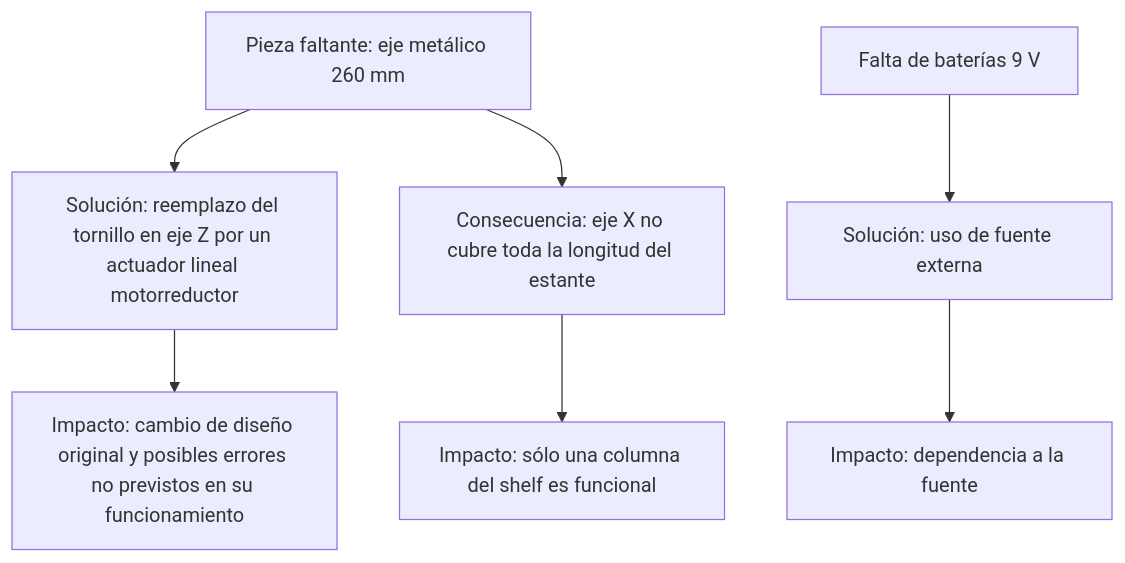
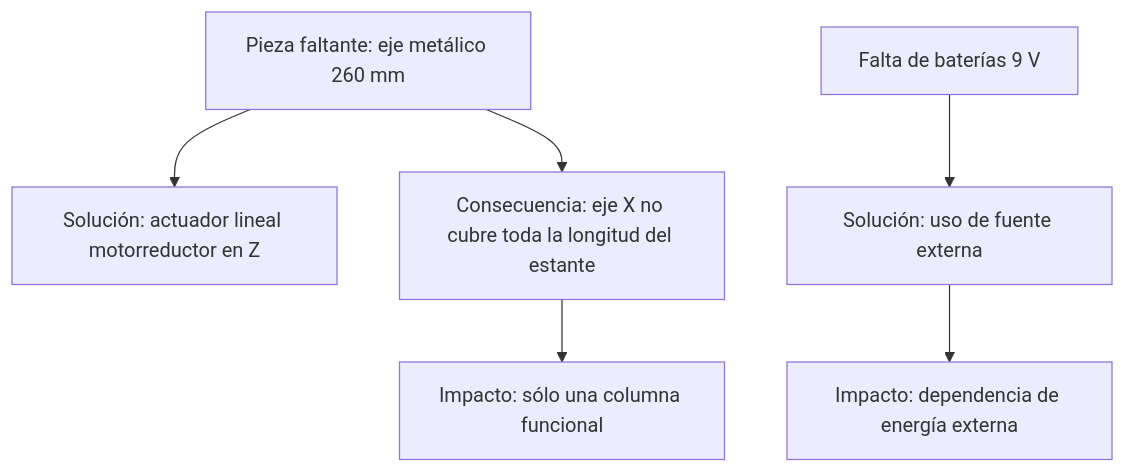
The fourth of 4 diagrams in README.md (SB-312/Proyecto-Intermedio-IIoT), drawn with Mermaid before and after one commit. The commit also changed other lines of this file, not shown here.

````diff
--- a/README.md
+++ b/README.md
@@ -141,10 +149,9 @@
 ```mermaid
 graph TD
-    A[Pieza faltante: eje metálico 260 mm] --> B[Solución: reemplazo del tornillo en eje Z por un actuador lineal motorreductor]
+    A[Pieza faltante: eje metálico 260 mm] --> B[Solución: actuador lineal motorreductor en Z]
     A --> C[Consecuencia: eje X no cubre toda la longitud del estante]
-    C --> D[Impacto: sólo una columna del shelf es funcional]
-    B --> E[Impacto: cambio de diseño original y posibles errores no previstos en su funcionamiento]
+    C --> D[Impacto: sólo una columna funcional]
 
     F[Falta de baterías 9 V] --> G[Solución: uso de fuente externa]
-    G --> H[Impacto: dependencia a la fuente]
+    G --> H[Impacto: dependencia de energía externa]
 ```
````
